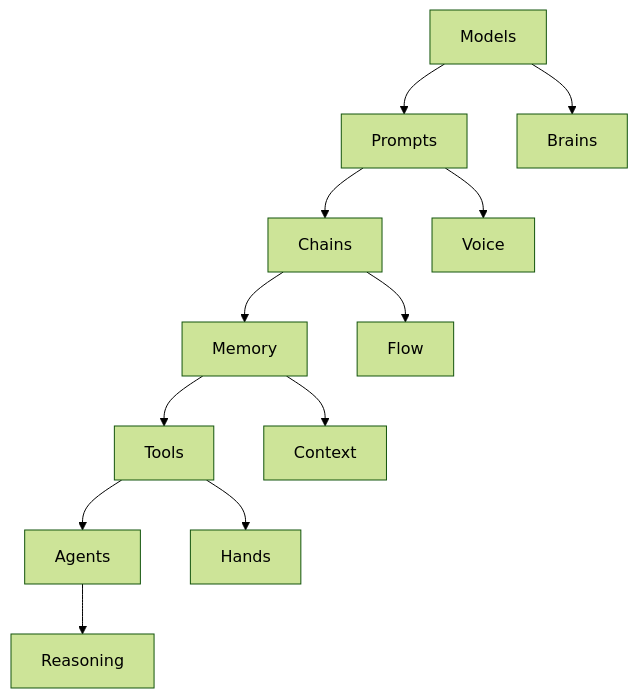
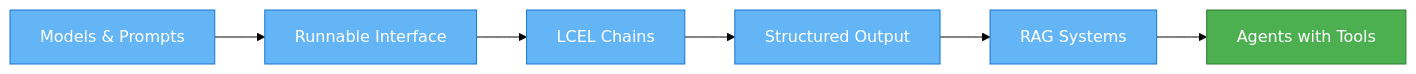
One commit to ayushsyntax/LangChain_Journey changed the first of 3 diagrams in README.md. Above: the diagram before and after it, drawn with Mermaid (forest theme). The commit also changed other lines of this file, not shown here.

````diff
--- a/README.md
+++ b/README.md
@@ -117,15 +28,15 @@
 ```mermaid
-graph TD
-    A[Models] --> B[Prompts]
-    B --> C[Chains]
-    C --> D[Memory]
-    D --> E[Tools]
-    E --> F[Agents]
+flowchart LR
+    A[Models & Prompts] --> B[Runnable Interface]
+    B --> C[LCEL Chains]
+    C --> D[Structured Output]
+    D --> E[RAG Systems]
+    E --> F[Agents with Tools]
     
-    A --> A1[Brains]
-    B --> B1[Voice] 
-    C --> C1[Flow]
-    D --> D1[Context]
-    E --> E1[Hands]
-    F --> F1[Reasoning]
+    classDef phase fill:#64B5F6,stroke:#1976D2,color:white
+    classDef current fill:#4CAF50,stroke:#2E7D32,color:white
+    classDef future fill:#FFB74D,stroke:#F57C00,color:black
+    
+    class A,B,C,D,E phase
+    class F current
 ```
````
